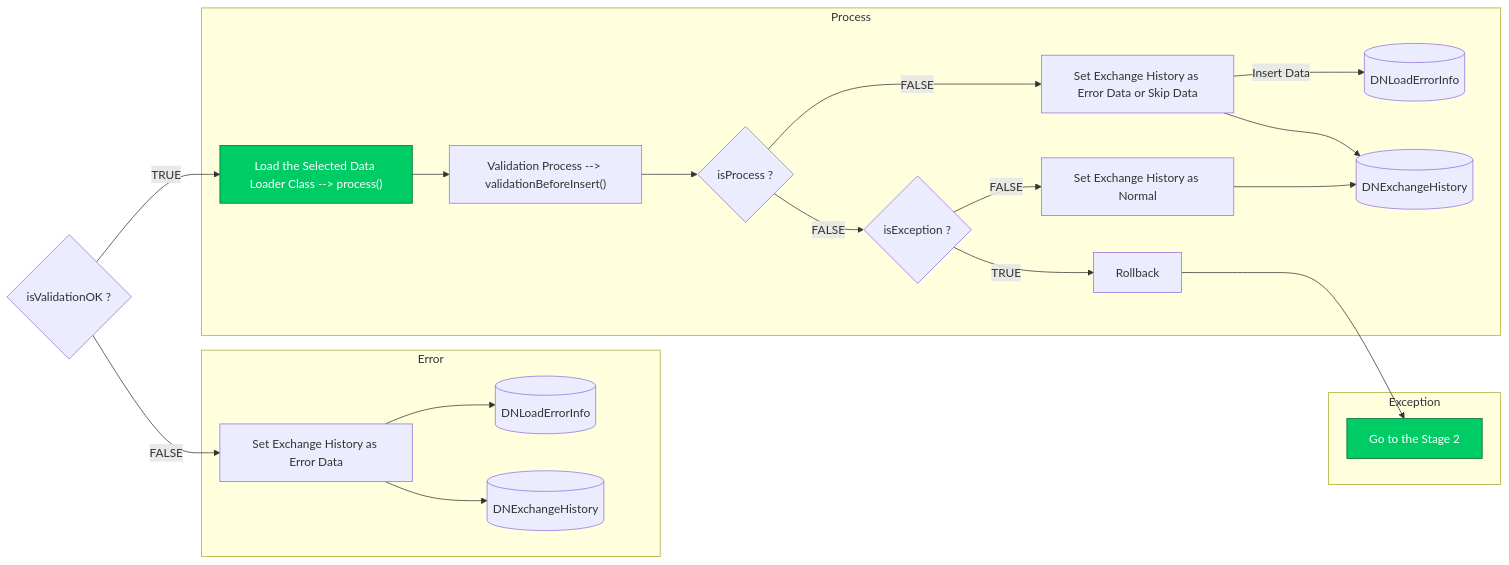
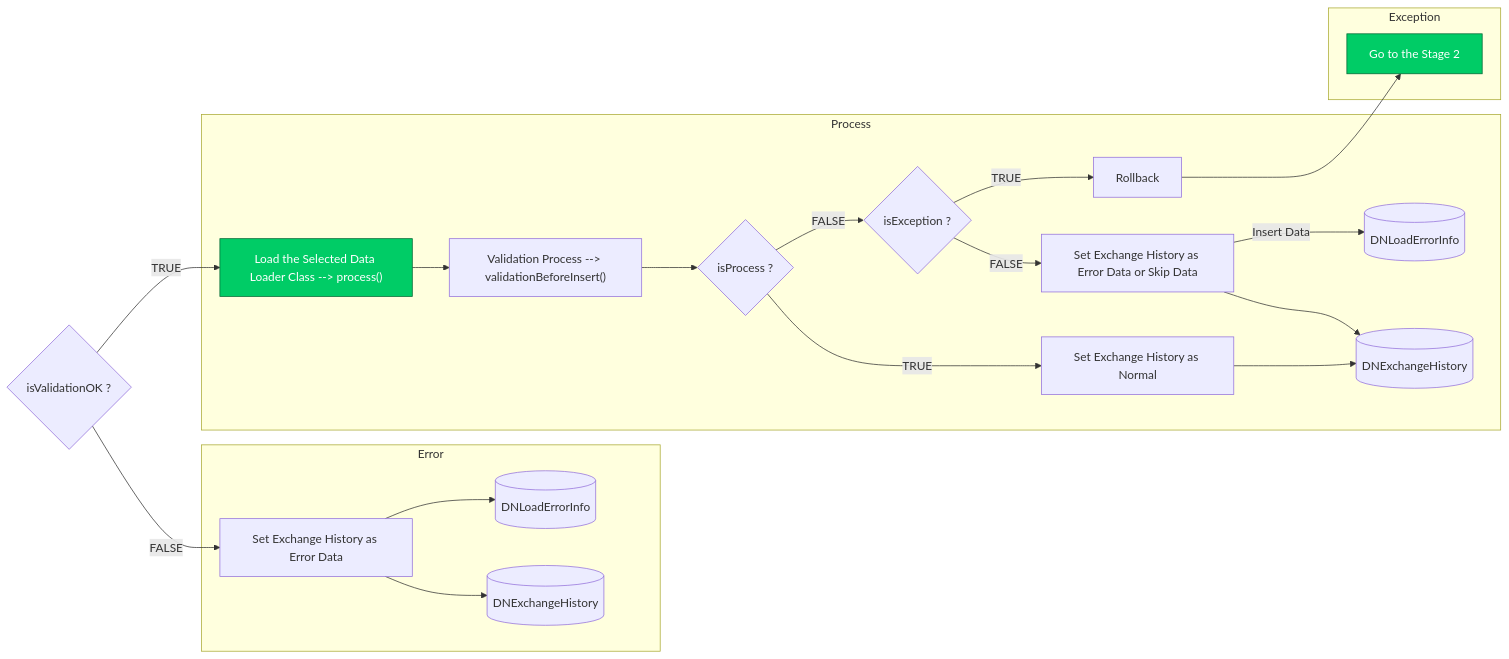
The ninth of 9 diagrams in Basic-Design/Host-Interfaces.md (luthfiadityaa/SimeDarby-Wiki), drawn with Mermaid before and after one commit.

Commit message:
Updated Host Interfaces

```diff
--- a/Basic-Design/Host-Interfaces.md
+++ b/Basic-Design/Host-Interfaces.md
@@ -712,42 +712,42 @@
 ::: mermaid
 flowchart LR
 Cond1{"isValidationOK ?"}
 Cond1 --> |TRUE| B2
 Cond1 --> |FALSE| C2
 
 subgraph Error
  C2 --> C3 
  C2 --> C4
  C4[(DNExchangeHistory)]
  C3[(DNLoadErrorInfo)]
  C2["Set Exchange History as Error Data"] 
 end
 
 subgraph Process
  B2 --> B3 --> Cond2
  Cond2{"isProcess ?"}
  Cond3{"isException ?"}
  B2["Load the Selected Data Loader Class --> process()"]
  B3["Validation Process --> validationBeforeInsert()"]
  B4["Set Exchange History as Error Data or Skip Data"]
  B5["Set Exchange History as Normal"]
  B6[(DNLoadErrorInfo)]
  B7[(DNExchangeHistory)]
- Cond2 --> |FALSE| B4 --> |Insert Data| B6
+ Cond2 --> |TRUE| B5 --> B7 
  B4 --> B7
  Cond2 --> |FALSE| Cond3
- Cond3 --> |FALSE| B5 --> B7
+ Cond3 --> |FALSE| B4 --> |Insert Data| B6
  Cond3 --> |TRUE| D2
 end 
 
 subgraph Exception
  D2 --> D3 
  D2["Rollback"]
  D3["Go to the Stage 2"] 
 end
 
 click B2 "https://dev.azure.com/Daifuku-SW/ID_SimeDarbyPlantation/_wiki/wikis/ID_SimeDarbyPlantation.wiki/833/Host-Interfaces?anchor=stage-3"
 style B2 fill:#00cc66,stroke:#006633,color:#ffffff
 click D3 "https://dev.azure.com/Daifuku-SW/ID_SimeDarbyPlantation/_wiki/wikis/ID_SimeDarbyPlantation.wiki/833/Host-Interfaces?anchor=stage-2"
 style D3 fill:#00cc66,stroke:#006633,color:#ffffff
 :::
```
